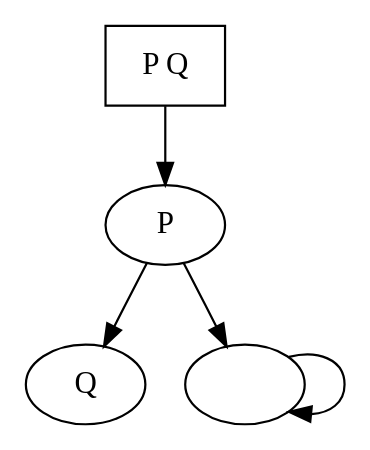
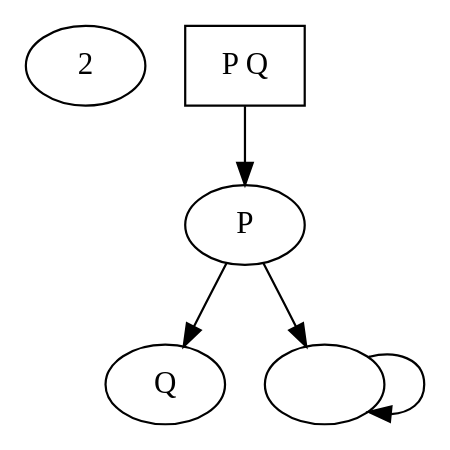
The diagram in example.dot (f-musa/ctl-model-checker), drawn with Graphviz before and after one commit. The commit also changed 2 other files, not shown here.

```diff
--- a/example.dot
+++ b/example.dot
@@ -1,15 +1,15 @@
  digraph mon_systeme {
- /* Liste des n÷uds avec leurs labels séparés par des espaces */
+2 /* Liste des n÷uds avec leurs labels séparés par des espaces */
  q1 [ label =" P Q "];
  q2 [ label =" P "];
  q3 [ label =" Q "];
  q4 [ label =""];
 
  /* Un seul n÷ud initial */
  q1 [ shape = box ];
 
- /* Transitions */
- q1 -> q2 -> q3 ;
- q2 -> q4 ;
- q4 -> q4 ;
+  /* Transitions */
+  q1 -> q2 -> q3 ;
+  q2 -> q4 ;
+  q4 -> q4 ;
  }
```
